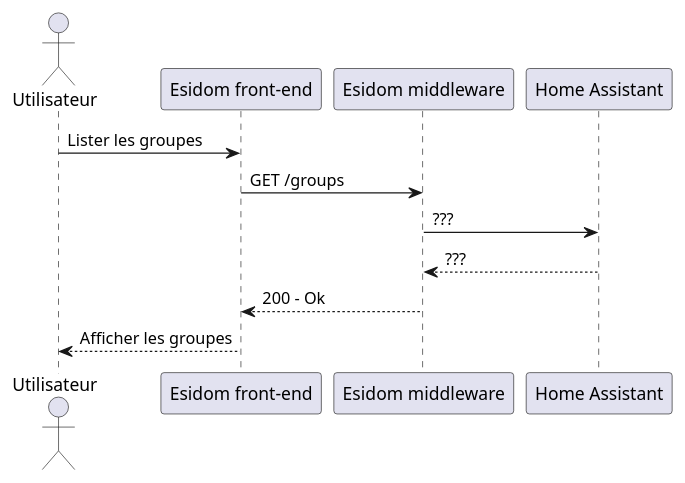
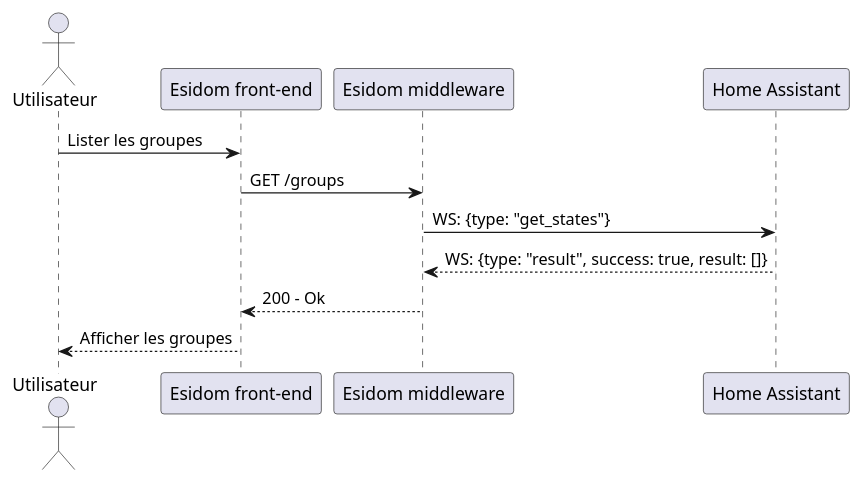
One commit to SKAVALT-io/esidom_doc changed the diagram in cdct/diagramme_de_sequence/plantuml/lister_groupes.puml. Above: the diagram before and after it, drawn with PlantUML. The commit also changed 5 other files, not shown here.

Commit message:
docs(cdct): update sequence diagram

```diff
--- a/cdct/diagramme_de_sequence/plantuml/lister_groupes.puml
+++ b/cdct/diagramme_de_sequence/plantuml/lister_groupes.puml
@@ -1,15 +1,15 @@
 @startuml lister groupes
 
 actor "Utilisateur" as u
 participant "Esidom front-end" as fe
 participant "Esidom middleware" as m
 participant "Home Assistant" as ha
 
 u -> fe: Lister les groupes
 fe -> m: GET /groups
-m -> ha: ???
-ha --> m: ???
+m -> ha: WS: {type: "get_states"}
+ha --> m: WS: {type: "result", success: true, result: []}
 m --> fe: 200 - Ok
 fe --> u: Afficher les groupes
 
 @enduml
```
